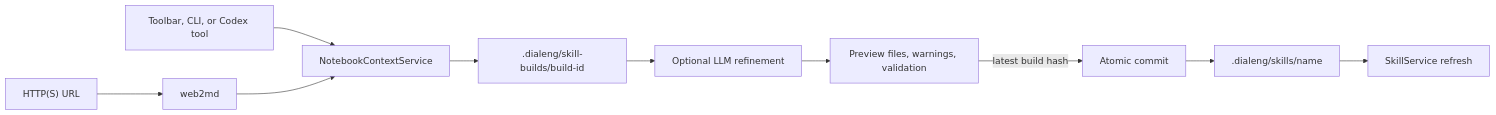
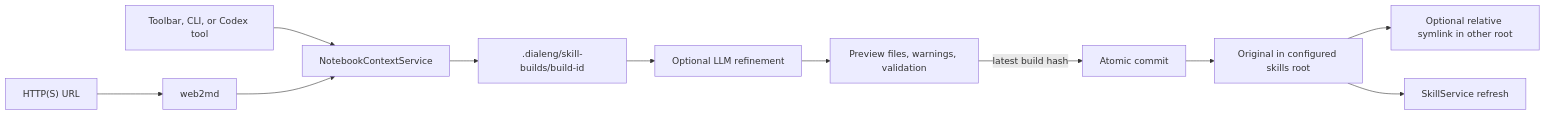
The first of 2 diagrams in docs/how_it_works/24_notebook_skill_creation.md (sgaseretto/solveish), drawn with Mermaid before and after one commit. The commit also changed other lines of this file and 40 other files, not shown here.

````diff
--- a/docs/how_it_works/24_notebook_skill_creation.md
+++ b/docs/how_it_works/24_notebook_skill_creation.md
@@ -10,12 +10,13 @@
 ```mermaid
 flowchart LR
     UI["Toolbar, CLI, or Codex tool"] --> Extract["NotebookContextService"]
     Web["HTTP(S) URL"] --> W2M["web2md"]
     W2M --> Extract
     Extract --> Stage[".dialeng/skill-builds/build-id"]
     Stage --> Refine["Optional LLM refinement"]
     Refine --> Inspect["Preview files, warnings, validation"]
     Inspect -->|"latest build hash"| Commit["Atomic commit"]
-    Commit --> Skills[".dialeng/skills/name"]
+    Commit --> Skills["Original in configured skills root"]
+    Skills --> Link["Optional relative symlink in other root"]
     Skills --> Refresh["SkillService refresh"]
 ```
````
